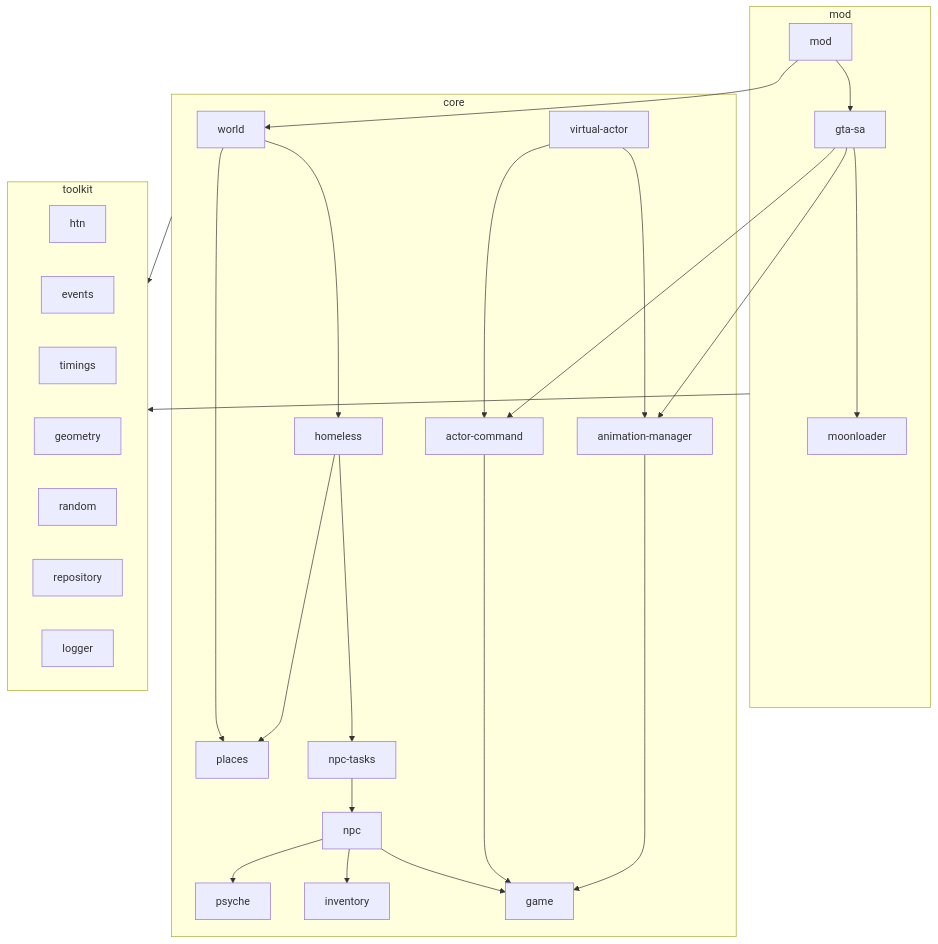
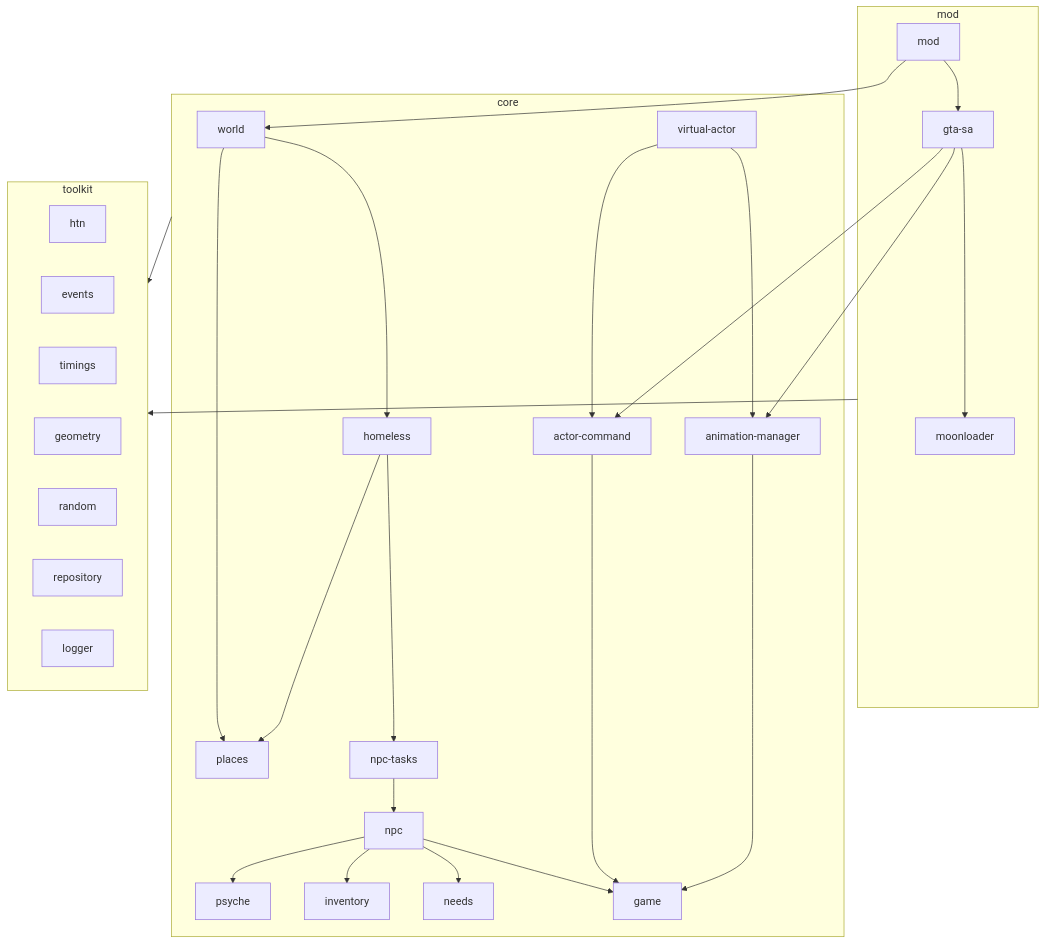
One commit to ivan-podgornov/peetland changed the first of 2 diagrams in docs/architecture/index.md. Above: the diagram before and after it, drawn with Mermaid. The commit also changed 42 other files, not shown here.

First line of the commit message:
feat(needs): потребности NPC (#224)

````diff
--- a/docs/architecture/index.md
+++ b/docs/architecture/index.md
@@ -80,38 +80,39 @@
 ```mermaid
 flowchart TD
   subgraph mod
     modmod[mod] --> gtasa[gta-sa]
     gtasa --> moonloader
   end
 
   subgraph core
     world --> homeless
     world --> places
     homeless --> npctasks[npc-tasks]
     homeless --> places
     npctasks --> npc
     npc --> psyche
     npc --> inventory
+    npc --> needs
     npc --> game
     virtualactor[virtual-actor] --> actorcommand[actor-command]
     virtualactor --> animationmanager[animation-manager]
     actorcommand --> game
     animationmanager --> game
   end
 
   subgraph toolkit
     htn
     events
     timings
     geometry
     random
     repository
     logger
   end
 
   modmod --> world
   gtasa --> actorcommand
   gtasa --> animationmanager
   core --> toolkit
   mod --> toolkit
 ```
````
